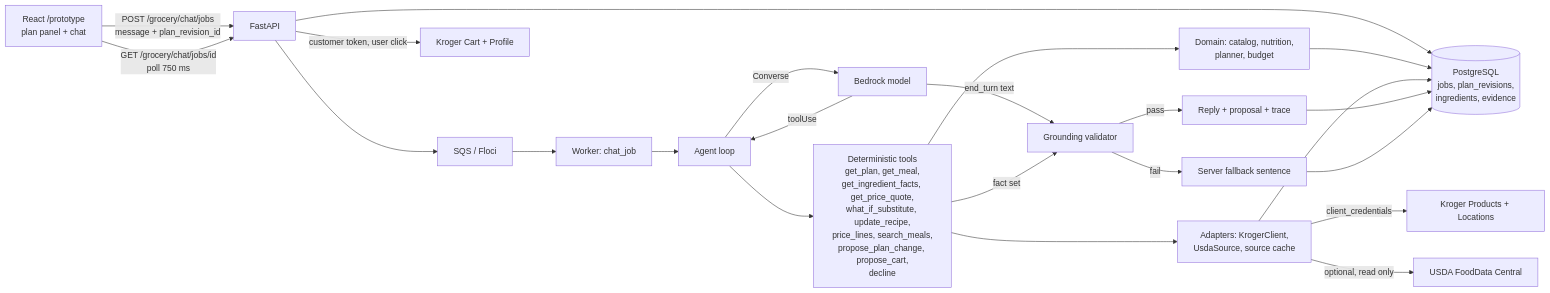
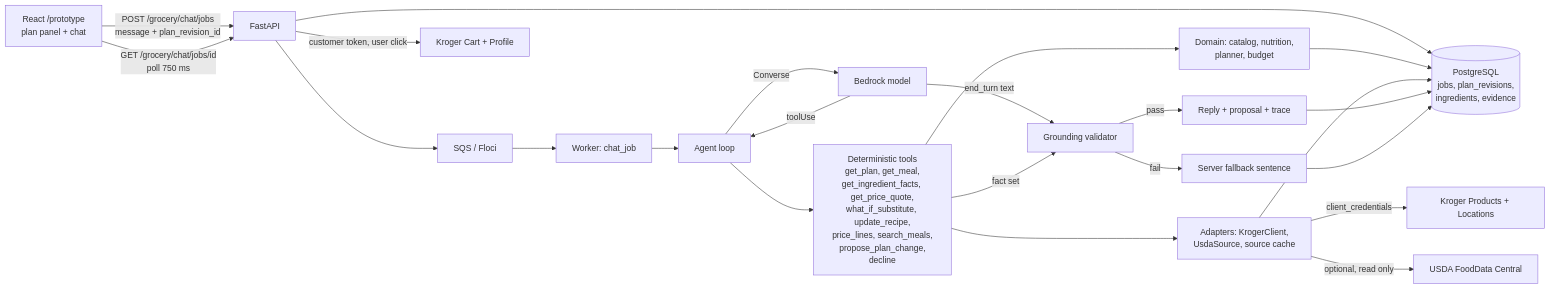
One commit to emanuelGitCodes/fewia changed the diagram in docs/design/chat-architecture-proposal.md. Above: the diagram before and after it, drawn with Mermaid. The commit also changed other lines of this file and 1 other file, not shown here.

Commit message:
Describe the click-only Kroger cart in the proposal and the feature map

````diff
--- a/docs/design/chat-architecture-proposal.md
+++ b/docs/design/chat-architecture-proposal.md
@@ -184,25 +184,25 @@
 ```mermaid
 flowchart LR
   UI[React /prototype<br/>plan panel + chat] -->|POST /grocery/chat/jobs<br/>message + plan_revision_id| API[FastAPI]
   API --> PG[(PostgreSQL<br/>jobs, plan_revisions,<br/>ingredients, evidence)]
   API --> SQS[SQS / Floci]
   SQS --> W[Worker: chat_job]
   W --> LOOP[Agent loop]
   LOOP -->|Converse| BR[Bedrock model]
   BR -->|toolUse| LOOP
-  LOOP --> TOOLS[Deterministic tools<br/>get_plan, get_meal,<br/>get_ingredient_facts, get_price_quote,<br/>what_if_substitute, update_recipe,<br/>price_lines, search_meals,<br/>propose_plan_change, propose_cart,<br/>decline]
+  LOOP --> TOOLS[Deterministic tools<br/>get_plan, get_meal,<br/>get_ingredient_facts, get_price_quote,<br/>what_if_substitute, update_recipe,<br/>price_lines, search_meals,<br/>propose_plan_change,<br/>decline]
   TOOLS --> DOM[Domain: catalog, nutrition,<br/>planner, budget]
   DOM --> PG
   TOOLS --> ADP[Adapters: KrogerClient,<br/>UsdaSource, source cache]
   ADP --> PG
   ADP -->|client_credentials| KRO[Kroger Products + Locations]
   ADP -->|optional, read only| USDA[USDA FoodData Central]
   API -->|customer token, user click| CART[Kroger Cart + Profile]
   BR -->|end_turn text| VAL[Grounding validator]
   TOOLS -->|fact set| VAL
   VAL -->|pass| OUT[Reply + proposal + trace]
   VAL -->|fail| FB[Server fallback sentence]
   OUT --> PG
   FB --> PG
   UI -->|GET /grocery/chat/jobs/id<br/>poll 750 ms| API
 ```
````
